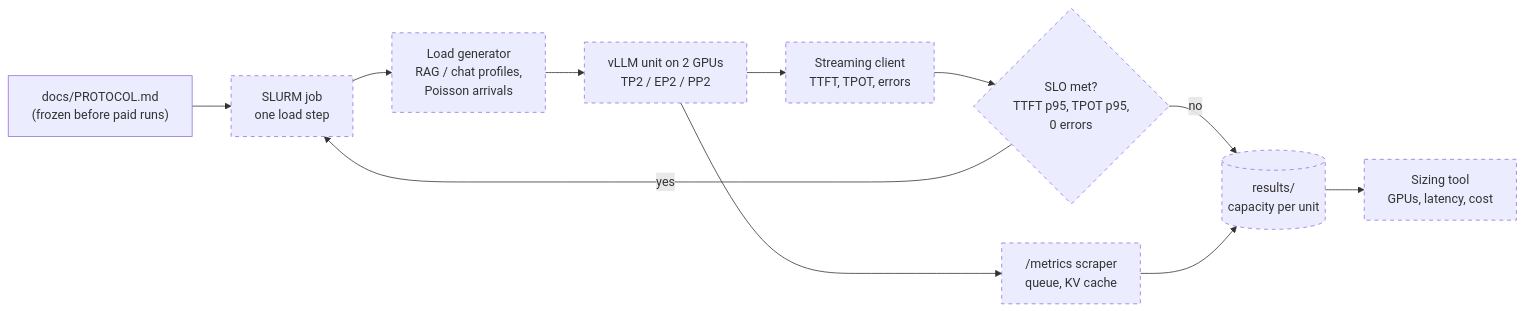
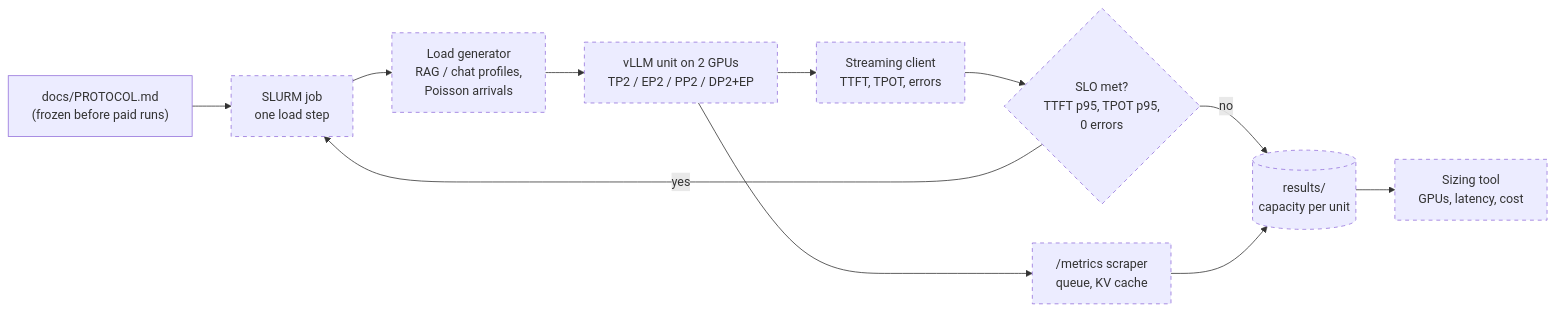
The first of 2 diagrams in README.md (gabrielkpo/hpc-inference-sizing), drawn with Mermaid before and after one commit. The commit also changed other lines of this file and 2 other files, not shown here.

First line of the commit message:
docs: add the DP2+EP unit to the protocol and revise H2 (#8)

````diff
--- a/README.md
+++ b/README.md
@@ -36,16 +36,16 @@
 ```mermaid
 flowchart LR
     P["docs/PROTOCOL.md<br/>(frozen before paid runs)"] --> J["SLURM job<br/>one load step"]
     J --> W["Load generator<br/>RAG / chat profiles,<br/>Poisson arrivals"]
-    W --> V["vLLM unit on 2 GPUs<br/>TP2 / EP2 / PP2"]
+    W --> V["vLLM unit on 2 GPUs<br/>TP2 / EP2 / PP2 / DP2+EP"]
     V --> C["Streaming client<br/>TTFT, TPOT, errors"]
     V --> M["/metrics scraper<br/>queue, KV cache"]
     C --> S{"SLO met?<br/>TTFT p95, TPOT p95,<br/>0 errors"}
     S -->|yes| J
     S -->|no| R[("results/<br/>capacity per unit")]
     M --> R
     R --> T["Sizing tool<br/>GPUs, latency, cost"]
 
     classDef planned stroke-dasharray: 5 5
     class J,W,V,C,M,S,R,T planned
 ```
````
